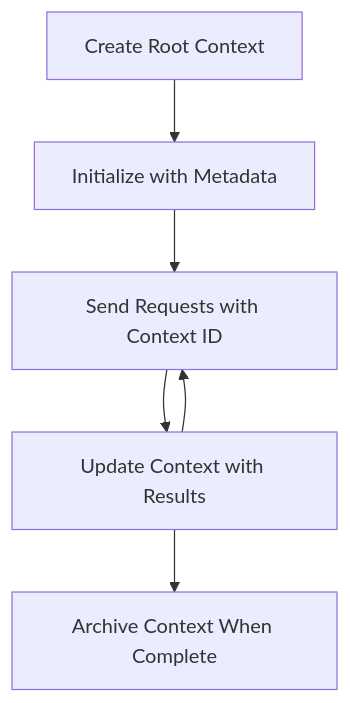
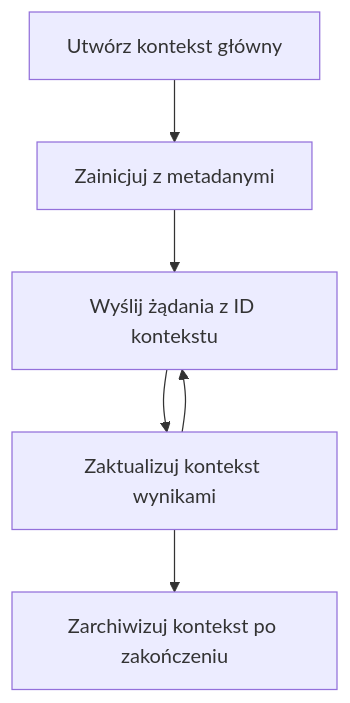
The diagram in mcp_ecosystem__model_context_protocol/mcp_learning_resources/mcp-for-beginners/translations/pl/05-AdvancedTopics/mcp-root-contexts/README.md (HIDORAKAI002/ai-workspace-archive), drawn with Mermaid before and after one commit. The commit also changed other lines of this file and 5721 other files, not shown here.

````diff
--- a/mcp_ecosystem__model_context_protocol/mcp_learning_resources/mcp-for-beginners/translations/pl/05-AdvancedTopics/mcp-root-contexts/README.md
+++ b/mcp_ecosystem__model_context_protocol/mcp_learning_resources/mcp-for-beginners/translations/pl/05-AdvancedTopics/mcp-root-contexts/README.md
@@ -37,8 +41,8 @@
 ```mermaid
 flowchart TD
-    A[Create Root Context] --> B[Initialize with Metadata]
-    B --> C[Send Requests with Context ID]
-    C --> D[Update Context with Results]
+    A[Utwórz kontekst główny] --> B[Zainicjuj z metadanymi]
+    B --> C[Wyślij żądania z ID kontekstu]
+    C --> D[Zaktualizuj kontekst wynikami]
     D --> C
-    D --> E[Archive Context When Complete]
+    D --> E[Zarchiwizuj kontekst po zakończeniu]
 ```
````
